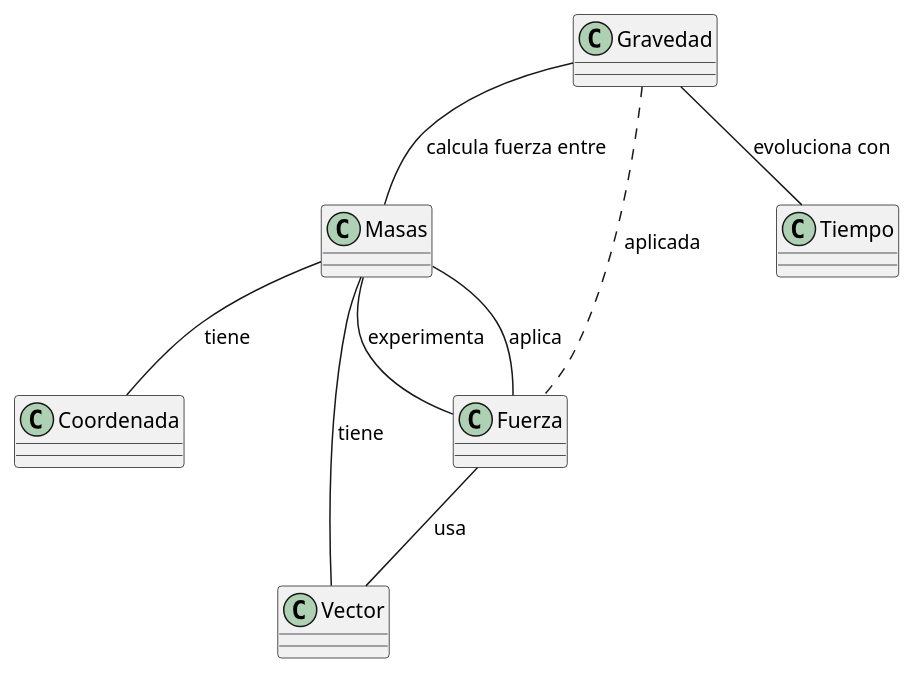
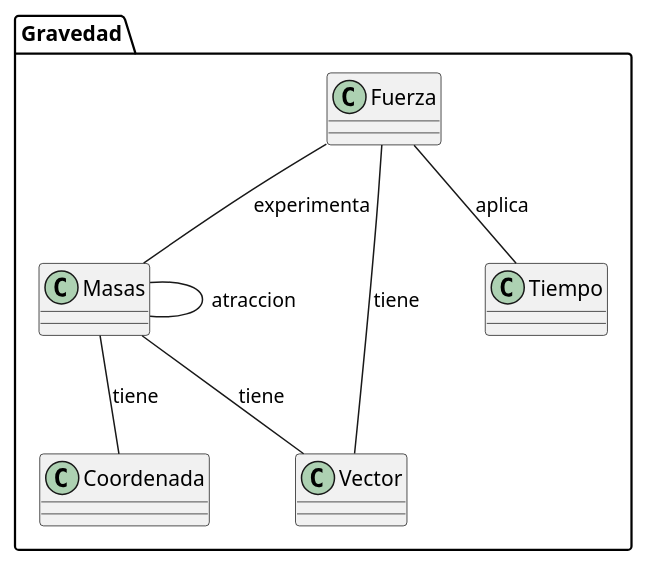
The diagram in entregas/garciaDavid/Ejercicio003/gravedad.puml (mmasias/24-25-IdSw1), drawn with PlantUML before and after one commit.

Commit message:
clasesgravedad.puml
cambio del puml

```diff
--- a/entregas/garciaDavid/Ejercicio003/gravedad.puml
+++ b/entregas/garciaDavid/Ejercicio003/gravedad.puml
@@ -1,34 +1,32 @@
 @startuml
-class Masas {
+package Gravedad {
 
+  class Masas {
+
+  }
+
+  class Fuerza {
+
+  }
+
+  class Coordenada {
+
+  }
+
+  class Vector {
+
+  }
+
+  class Tiempo {
+
+  }
+  
+  Fuerza -- Tiempo : "aplica"
+  Masas -- Coordenada : "tiene"
+  Masas -- Vector : "tiene"
+  Masas -- Masas : "atraccion"
+  Fuerza -- Masas : "experimenta"
+  Fuerza -- Vector : "tiene"
+  
 }
-
-class Fuerza {
-
-}
-
-class Gravedad {
-
-}
-
-class Coordenada {
-
-}
-
-class Vector {
-
-}
-
-class Tiempo {
-
-}
-
-Masas -- Fuerza : "aplica"
-Masas -- Coordenada : "tiene"
-Masas -- Vector : "tiene"
-Gravedad -- Masas : "calcula fuerza entre"
-Fuerza -- Vector : "usa"
-Masas -- Fuerza : "experimenta"
-Gravedad -- Tiempo : "evoluciona con"
-Gravedad .. Fuerza : "aplicada"
 @enduml
```
